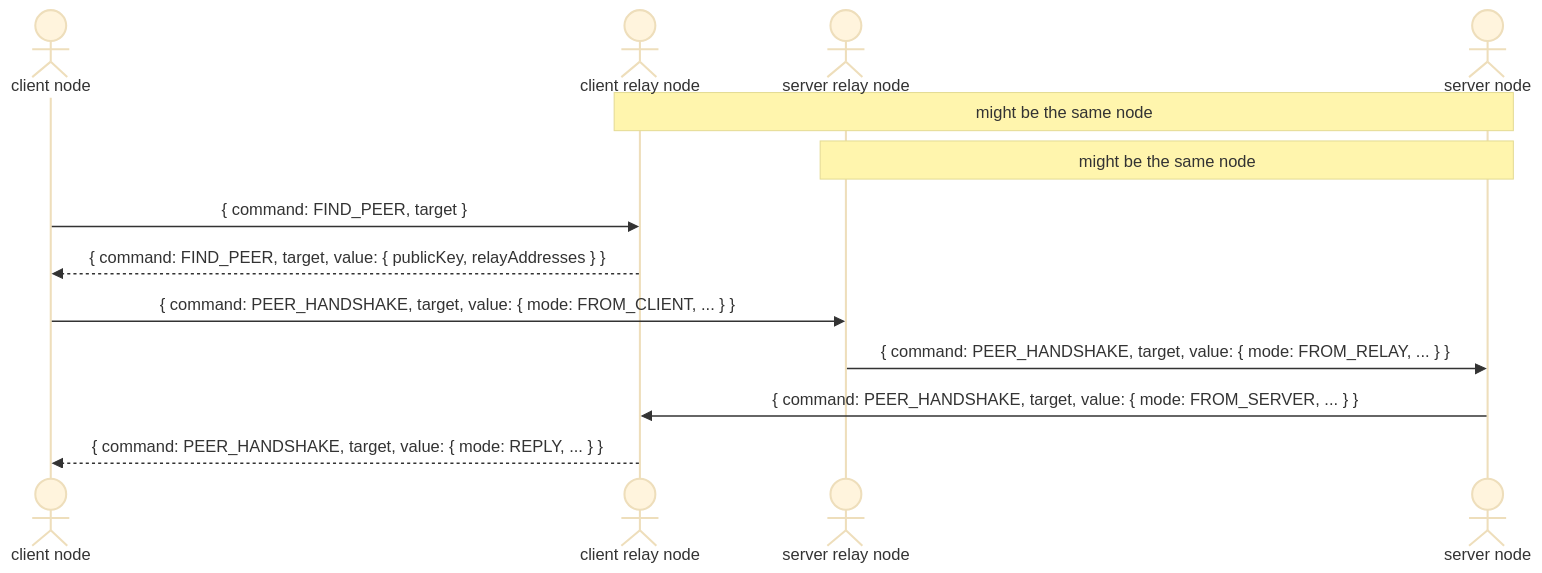
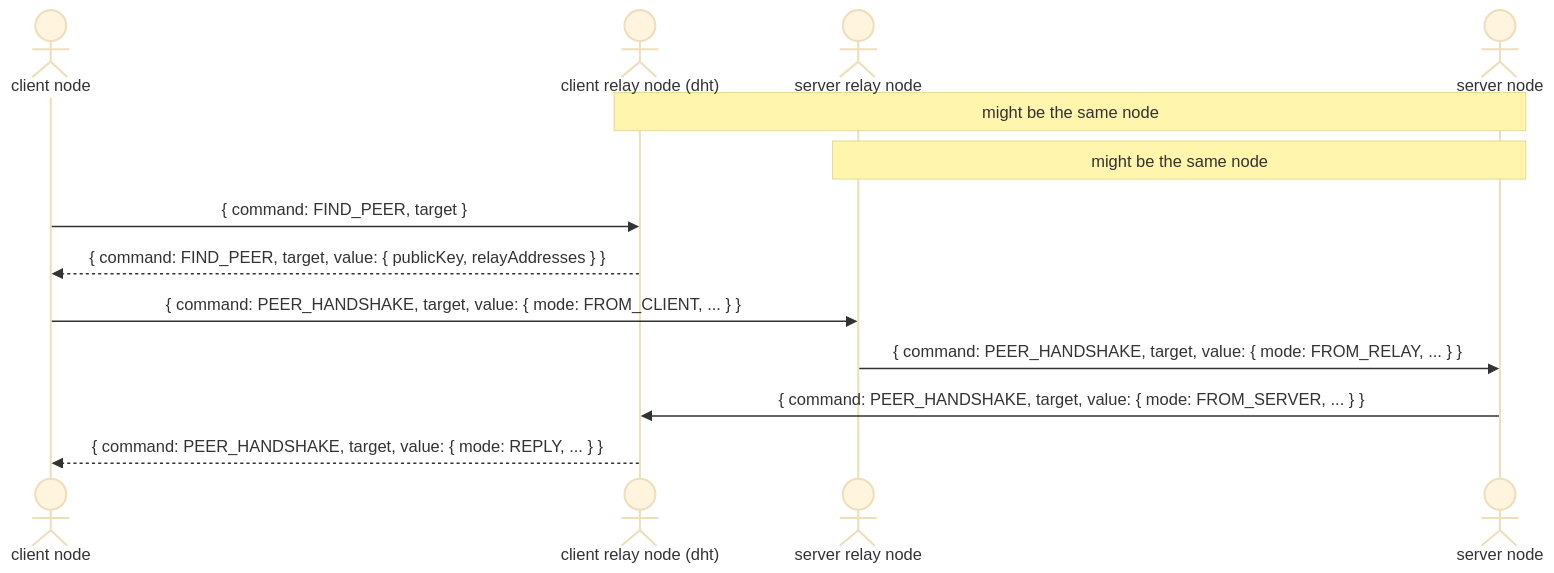
Before and after one commit to AreaLayer/hyperdht: the diagram in docs/handshake.md, drawn with Mermaid (base theme).

````diff
--- a/docs/handshake.md
+++ b/docs/handshake.md
@@ -1,18 +1,18 @@
 ```mermaid
 sequenceDiagram
     actor c as client node
-    actor cr as client relay node
+    actor cr as client relay node (dht)
     actor sr as server relay node
     actor s as server node
 
     note over cr, s: might be the same node
     note over sr, s: might be the same node
 
     c ->> cr: { command: FIND_PEER, target }
     cr -->> c: { command: FIND_PEER, target, value: { publicKey, relayAddresses } }
 
     c ->> sr: { command: PEER_HANDSHAKE, target, value: { mode: FROM_CLIENT, ... } }
     sr ->> s: { command: PEER_HANDSHAKE, target, value: { mode: FROM_RELAY, ... } }
     s ->> cr: { command: PEER_HANDSHAKE, target, value: { mode: FROM_SERVER, ... } }
     cr -->> c: { command: PEER_HANDSHAKE, target, value: { mode: REPLY, ... } }
 ```
````
